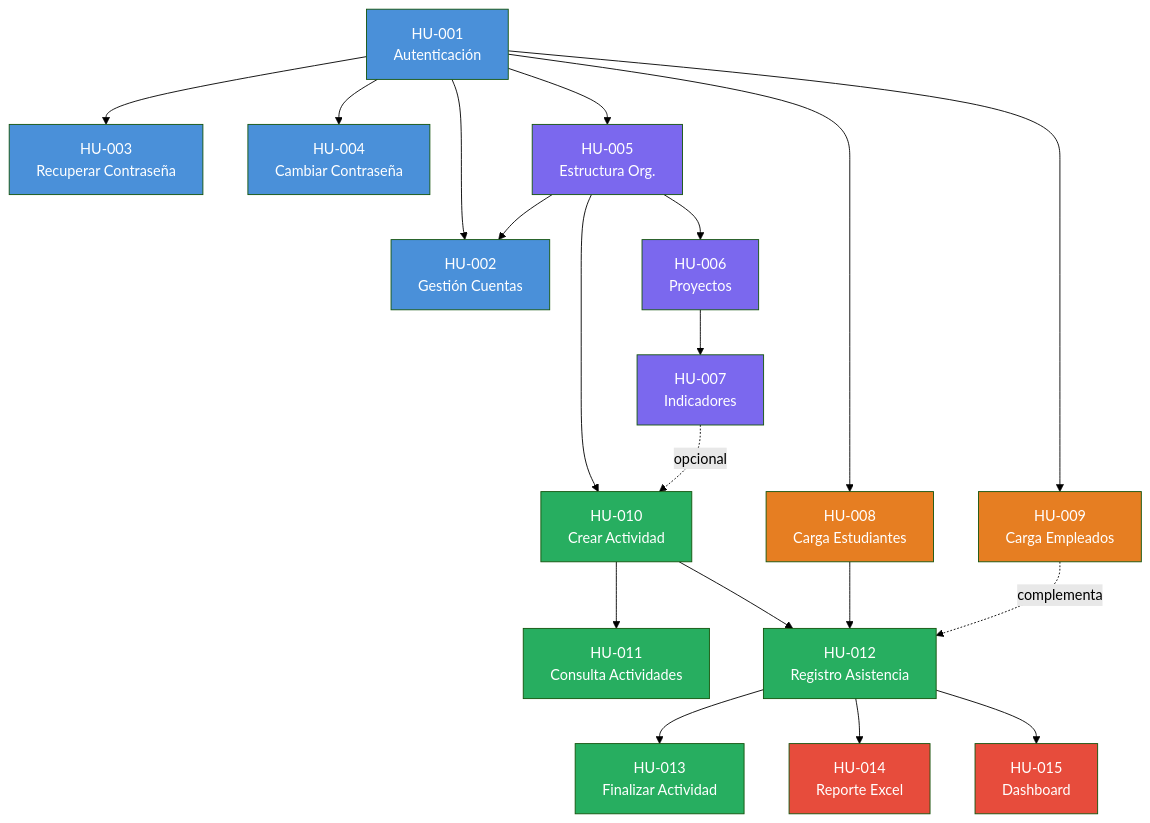
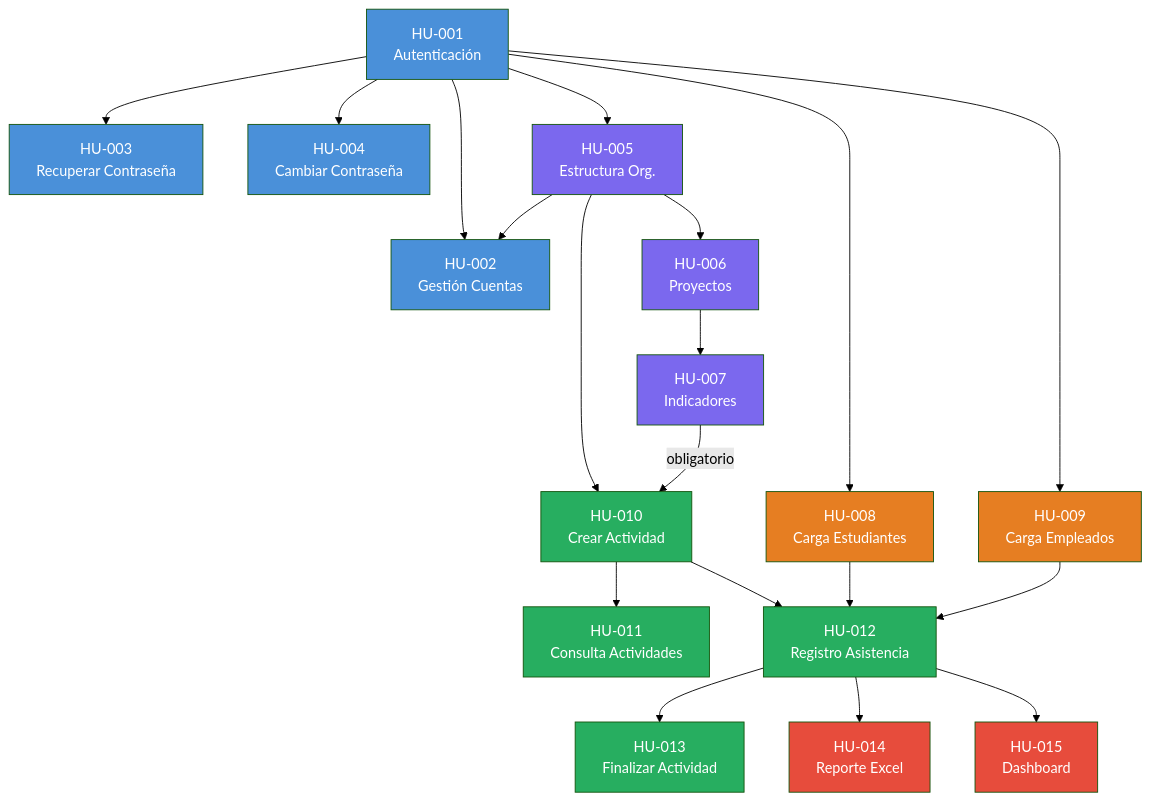
Before and after one commit to sibeuco/DocumentacionSibe: the fourth of 4 diagrams in docs/artifacts/10.mapa_de_historias_de_usuario.md, drawn with Mermaid (forest theme). The commit also changed other lines of this file and 7 other files, not shown here.

````diff
--- a/docs/artifacts/10.mapa_de_historias_de_usuario.md
+++ b/docs/artifacts/10.mapa_de_historias_de_usuario.md
@@ -322,53 +337,53 @@
 ```mermaid
 graph TD
     HU001["HU-001<br/>Autenticación"]
     HU002["HU-002<br/>Gestión Cuentas"]
     HU003["HU-003<br/>Recuperar Contraseña"]
     HU004["HU-004<br/>Cambiar Contraseña"]
     HU005["HU-005<br/>Estructura Org."]
     HU006["HU-006<br/>Proyectos"]
     HU007["HU-007<br/>Indicadores"]
     HU008["HU-008<br/>Carga Estudiantes"]
     HU009["HU-009<br/>Carga Empleados"]
     HU010["HU-010<br/>Crear Actividad"]
     HU011["HU-011<br/>Consulta Actividades"]
     HU012["HU-012<br/>Registro Asistencia"]
     HU013["HU-013<br/>Finalizar Actividad"]
     HU014["HU-014<br/>Reporte Excel"]
     HU015["HU-015<br/>Dashboard"]
 
     HU001 --> HU002
     HU001 --> HU003
     HU001 --> HU004
     HU001 --> HU005
     HU001 --> HU008
     HU001 --> HU009
     HU005 --> HU002
     HU005 --> HU006
     HU006 --> HU007
     HU005 --> HU010
-    HU007 -.->|"opcional"| HU010
+    HU007 -->|"obligatorio"| HU010
     HU010 --> HU011
     HU010 --> HU012
     HU008 --> HU012
-    HU009 -.->|"complementa"| HU012
+    HU009 --> HU012
     HU012 --> HU013
     HU012 --> HU014
     HU012 --> HU015
 
     style HU001 fill:#4A90D9,color:#fff
     style HU002 fill:#4A90D9,color:#fff
     style HU003 fill:#4A90D9,color:#fff
     style HU004 fill:#4A90D9,color:#fff
     style HU005 fill:#7B68EE,color:#fff
     style HU006 fill:#7B68EE,color:#fff
     style HU007 fill:#7B68EE,color:#fff
     style HU008 fill:#E67E22,color:#fff
     style HU009 fill:#E67E22,color:#fff
     style HU010 fill:#27AE60,color:#fff
     style HU011 fill:#27AE60,color:#fff
     style HU012 fill:#27AE60,color:#fff
     style HU013 fill:#27AE60,color:#fff
     style HU014 fill:#E74C3C,color:#fff
     style HU015 fill:#E74C3C,color:#fff
 ```
````
